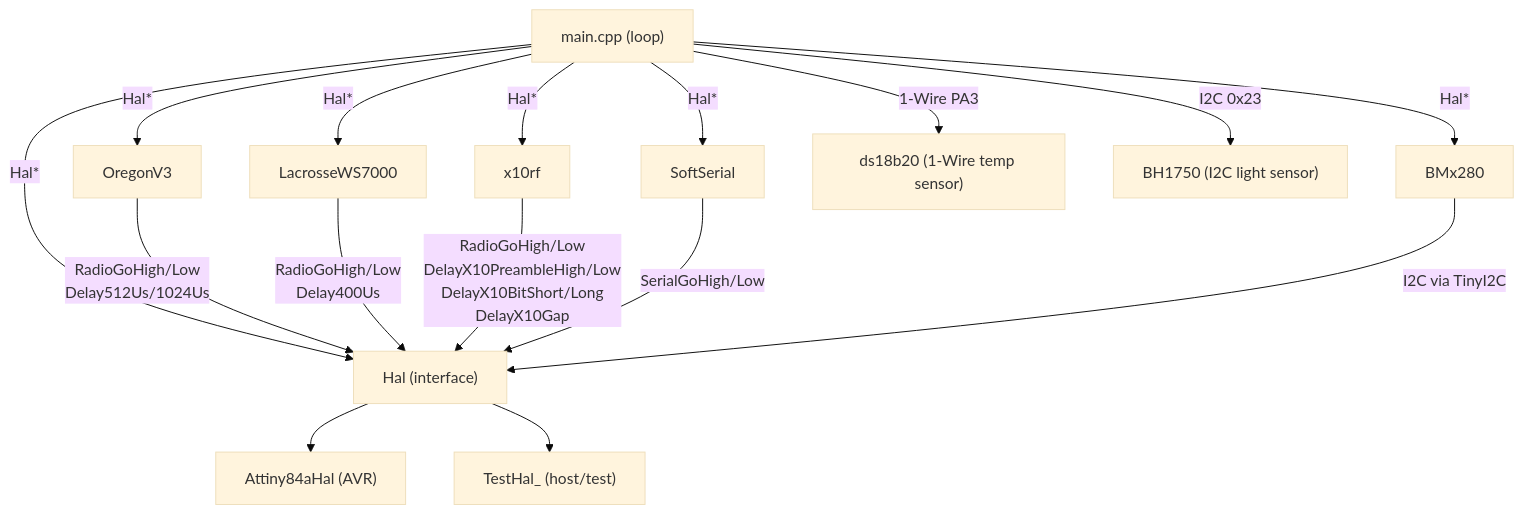
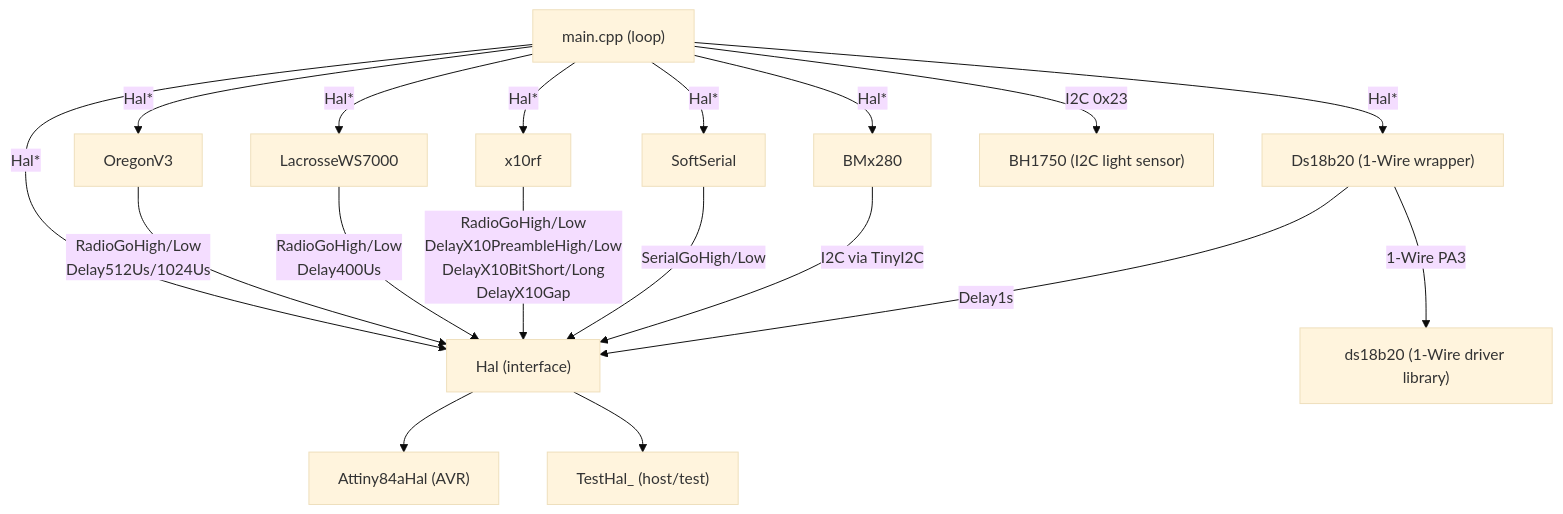
The diagram in docs/architecture.md (arcadien/tinySensor), drawn with Mermaid (base theme) before and after one commit. The commit also changed other lines of this file, not shown here.

Commit message:
arch(TECH-SENSOR-001): add Ds18b20 wrapper to component diagram and DI map

````diff
--- a/docs/architecture.md
+++ b/docs/architecture.md
@@ -7,20 +7,22 @@
 ```mermaid
 graph TD
   main["main.cpp (loop)"] -->|Hal*| HAL
   main -->|Hal*| OregonV3
   main -->|Hal*| LacrosseWS7000
   main -->|Hal*| x10rf
   main -->|Hal*| BMx280
   main -->|Hal*| SoftSerial
-  main -->|"1-Wire PA3"| ds18b20["ds18b20 (1-Wire temp sensor)"]
+  main -->|Hal*| Ds18b20["Ds18b20 (1-Wire wrapper)"]
+  Ds18b20 -->|"1-Wire PA3"| ds18b20["ds18b20 (1-Wire driver library)"]
   main -->|"I2C 0x23"| BH1750["BH1750 (I2C light sensor)"]
 
   HAL["Hal (interface)"] --> Attiny84aHal["Attiny84aHal (AVR)"]
   HAL --> TestHal["TestHal_ (host/test)"]
 
   OregonV3 -->|RadioGoHigh/Low\nDelay512Us/1024Us| HAL
   LacrosseWS7000 -->|RadioGoHigh/Low\nDelay400Us| HAL
   x10rf -->|"RadioGoHigh/Low\nDelayX10PreambleHigh/Low\nDelayX10BitShort/Long\nDelayX10Gap"| HAL
   SoftSerial -->|SerialGoHigh/Low| HAL
   BMx280 -->|I2C via TinyI2C| HAL
+  Ds18b20 -->|Delay1s| HAL
 ```
````
